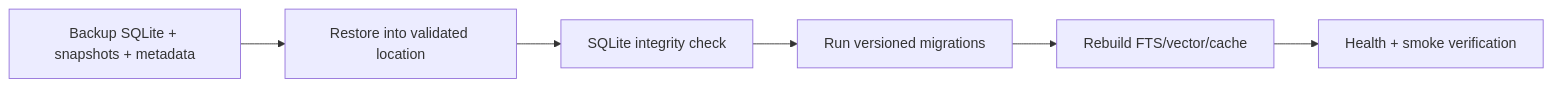
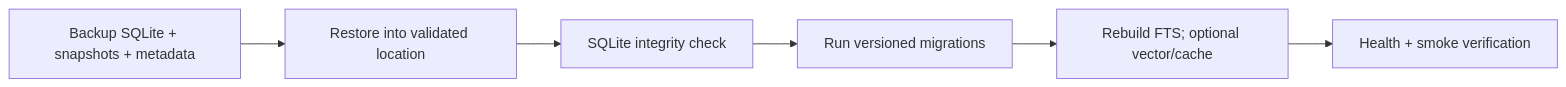
The second of 2 diagrams in docs/architecture/06-lifecycle-and-recovery.md (ryantr-statinops/InfoBoard), drawn with Mermaid before and after one commit. The commit also changed other lines of this file and 3 other files, not shown here.

Commit message:
docs(architecture): clarify core and full-mode recovery paths

````diff
--- a/docs/architecture/06-lifecycle-and-recovery.md
+++ b/docs/architecture/06-lifecycle-and-recovery.md
@@ -22,8 +22,8 @@
 ```mermaid
 flowchart LR
     Backup[Backup SQLite + snapshots + metadata] --> Restore[Restore into validated location]
     Restore --> Integrity[SQLite integrity check]
     Integrity --> Migrate[Run versioned migrations]
-    Migrate --> Rebuild[Rebuild FTS/vector/cache]
+    Migrate --> Rebuild[Rebuild FTS; optional vector/cache]
     Rebuild --> Health[Health + smoke verification]
 ```
````
